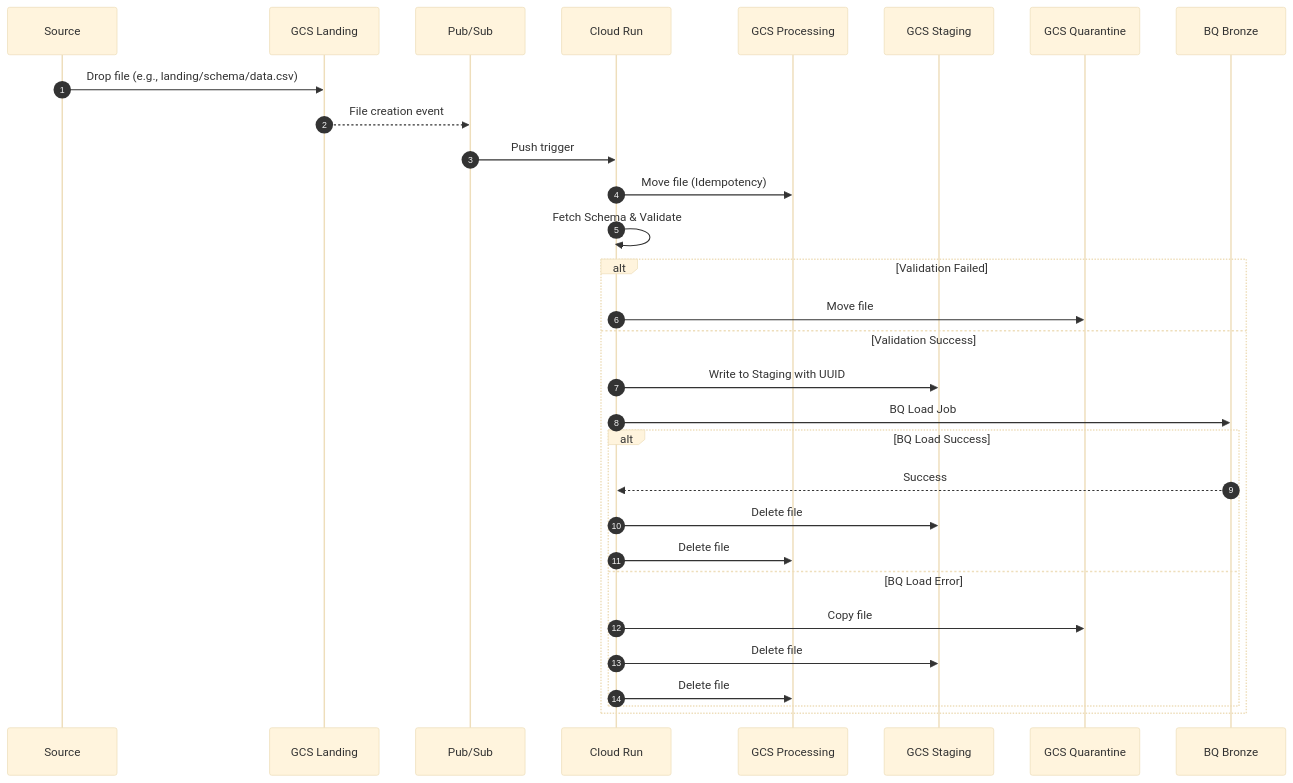
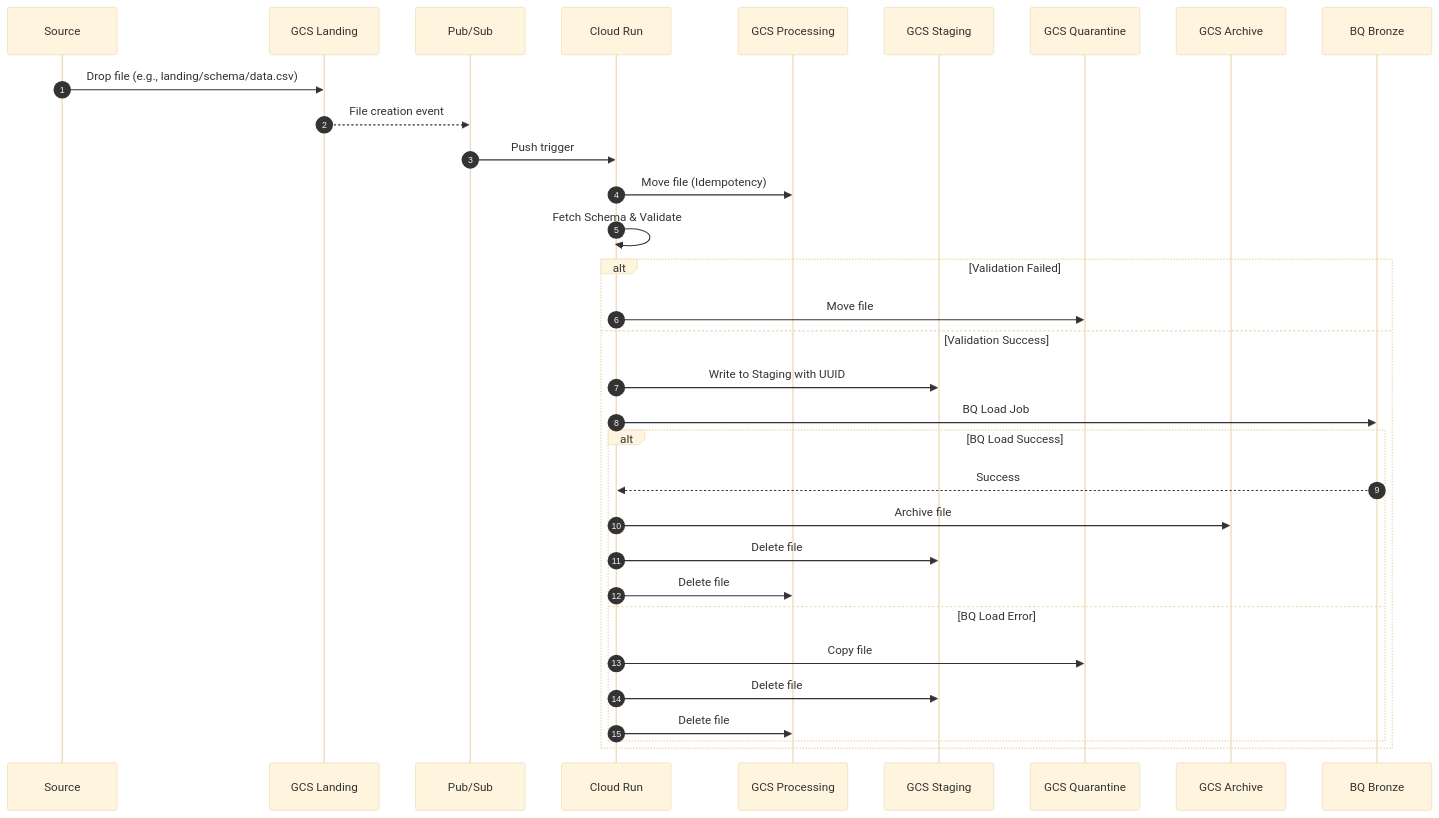
One commit to maxencenho-cloud/data-platform-runbook changed the first of 2 diagrams in README.md. Above: the diagram before and after it, drawn with Mermaid (base theme). The commit also changed other lines of this file and 34 other files, not shown here.

Commit message:
refactor: streamline ingestion testing, remove unused architecture docs, and optimize monitoring configuration and documentation

````diff
--- a/README.md
+++ b/README.md
@@ -21,33 +21,35 @@
 ```mermaid
 sequenceDiagram
     autonumber
     participant Source
     participant GCS Landing
     participant Pub/Sub
     participant Cloud Run
     participant GCS Processing
     participant GCS Staging
     participant GCS Quarantine
+    participant GCS Archive
     participant BQ Bronze
 
     Source->>GCS Landing: Drop file (e.g., landing/schema/data.csv)
     GCS Landing-->>Pub/Sub: File creation event
     Pub/Sub->>Cloud Run: Push trigger
     Cloud Run->>GCS Processing: Move file (Idempotency)
     Cloud Run->>Cloud Run: Fetch Schema & Validate
     alt Validation Failed
         Cloud Run->>GCS Quarantine: Move file
     else Validation Success
         Cloud Run->>GCS Staging: Write to Staging with UUID
         Cloud Run->>BQ Bronze: BQ Load Job
         alt BQ Load Success
             BQ Bronze-->>Cloud Run: Success
+            Cloud Run->>GCS Archive: Archive file
             Cloud Run->>GCS Staging: Delete file
             Cloud Run->>GCS Processing: Delete file
         else BQ Load Error
             Cloud Run->>GCS Quarantine: Copy file
             Cloud Run->>GCS Staging: Delete file
             Cloud Run->>GCS Processing: Delete file
         end
     end
 ```
````
